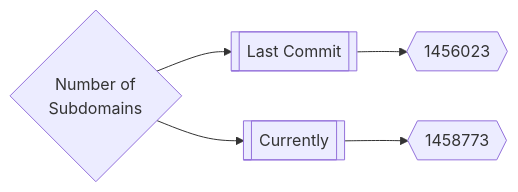
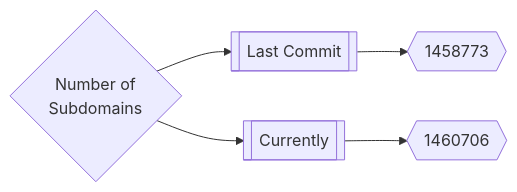
One commit to trickest/inventory changed the first of 3 diagrams in README.md. Above: the diagram before and after it, drawn with Mermaid. The commit also changed other lines of this file and 176 other files, not shown here.

````diff
--- a/README.md
+++ b/README.md
@@ -165,5 +165,5 @@
 ```mermaid
 graph LR
-title{Number of<br>Subdomains} --> subdomainsDate1[[Last Commit]] --> subdomainsNum1{{1456023}}
-title --> subdomainsDate2[[Currently]] --> subdomainsNum2{{1458773}}
+title{Number of<br>Subdomains} --> subdomainsDate1[[Last Commit]] --> subdomainsNum1{{1458773}}
+title --> subdomainsDate2[[Currently]] --> subdomainsNum2{{1460706}}
 ```
````
